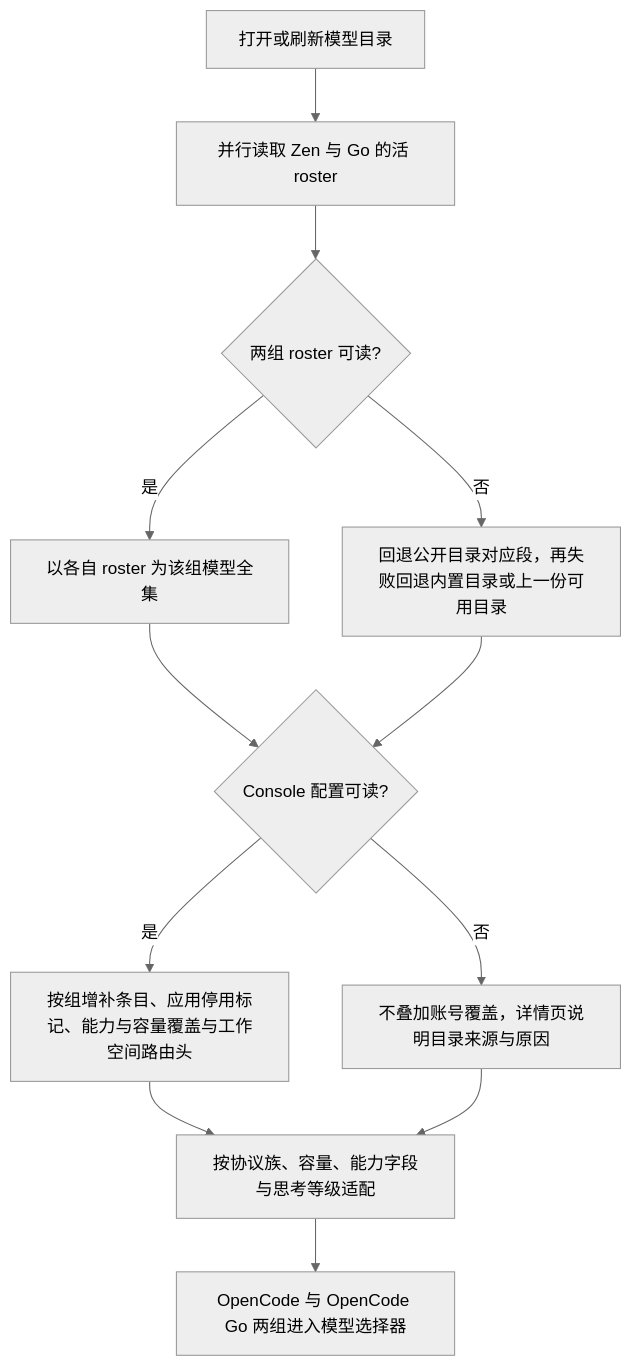
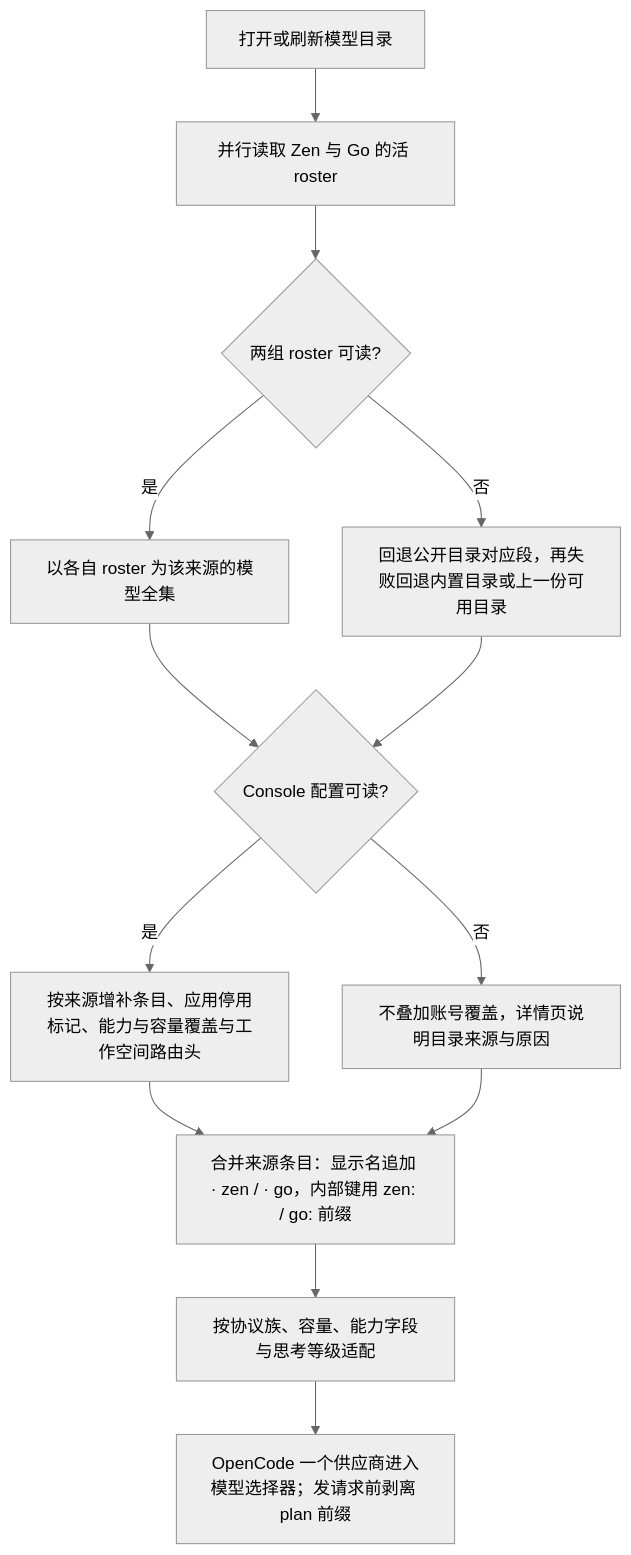
Before and after one commit to FNOSP/fnos-dsh: the third of 3 diagrams in docs/requirements/FNOS-026-dsh-opencode-plugin.md, drawn with Mermaid (neutral theme). The commit also changed other lines of this file and 24 other files, not shown here.

````diff
--- a/docs/requirements/FNOS-026-dsh-opencode-plugin.md
+++ b/docs/requirements/FNOS-026-dsh-opencode-plugin.md
@@ -156,14 +161,15 @@
 ```mermaid
 flowchart TD
   A[打开或刷新模型目录] --> B[并行读取 Zen 与 Go 的活 roster]
   B --> C{两组 roster 可读?}
-  C -->|是| D[以各自 roster 为该组模型全集]
+  C -->|是| D[以各自 roster 为该来源的模型全集]
   C -->|否| E[回退公开目录对应段，再失败回退内置目录或上一份可用目录]
   D --> F{Console 配置可读?}
   E --> F
-  F -->|是| G[按组增补条目、应用停用标记、能力与容量覆盖与工作空间路由头]
+  F -->|是| G[按来源增补条目、应用停用标记、能力与容量覆盖与工作空间路由头]
   F -->|否| H[不叠加账号覆盖，详情页说明目录来源与原因]
-  G --> I[按协议族、容量、能力字段与思考等级适配]
+  G --> I[合并来源条目：显示名追加 · zen / · go，内部键用 zen: / go: 前缀]
   H --> I
-  I --> J[OpenCode 与 OpenCode Go 两组进入模型选择器]
+  I --> J[按协议族、容量、能力字段与思考等级适配]
+  J --> K[OpenCode 一个供应商进入模型选择器；发请求前剥离 plan 前缀]
 ```
````
